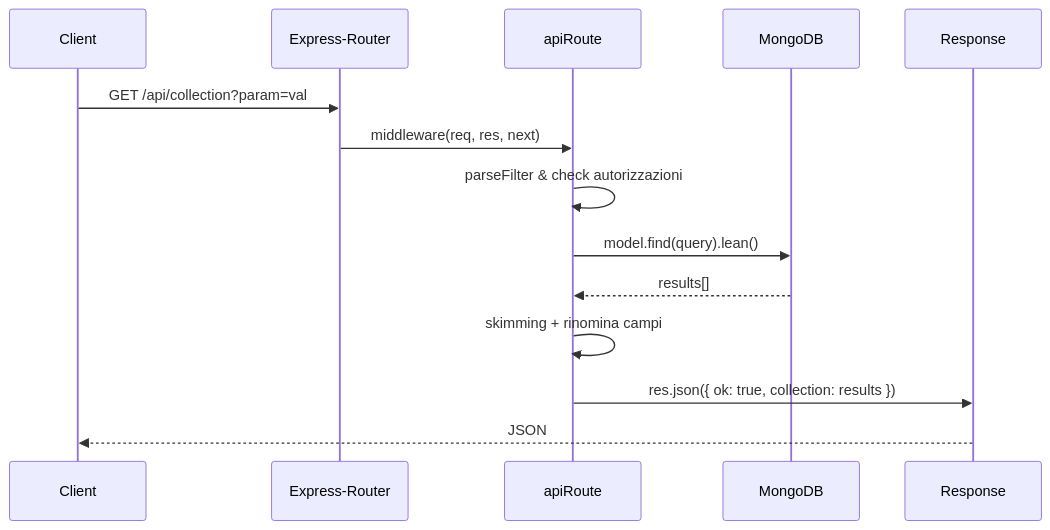
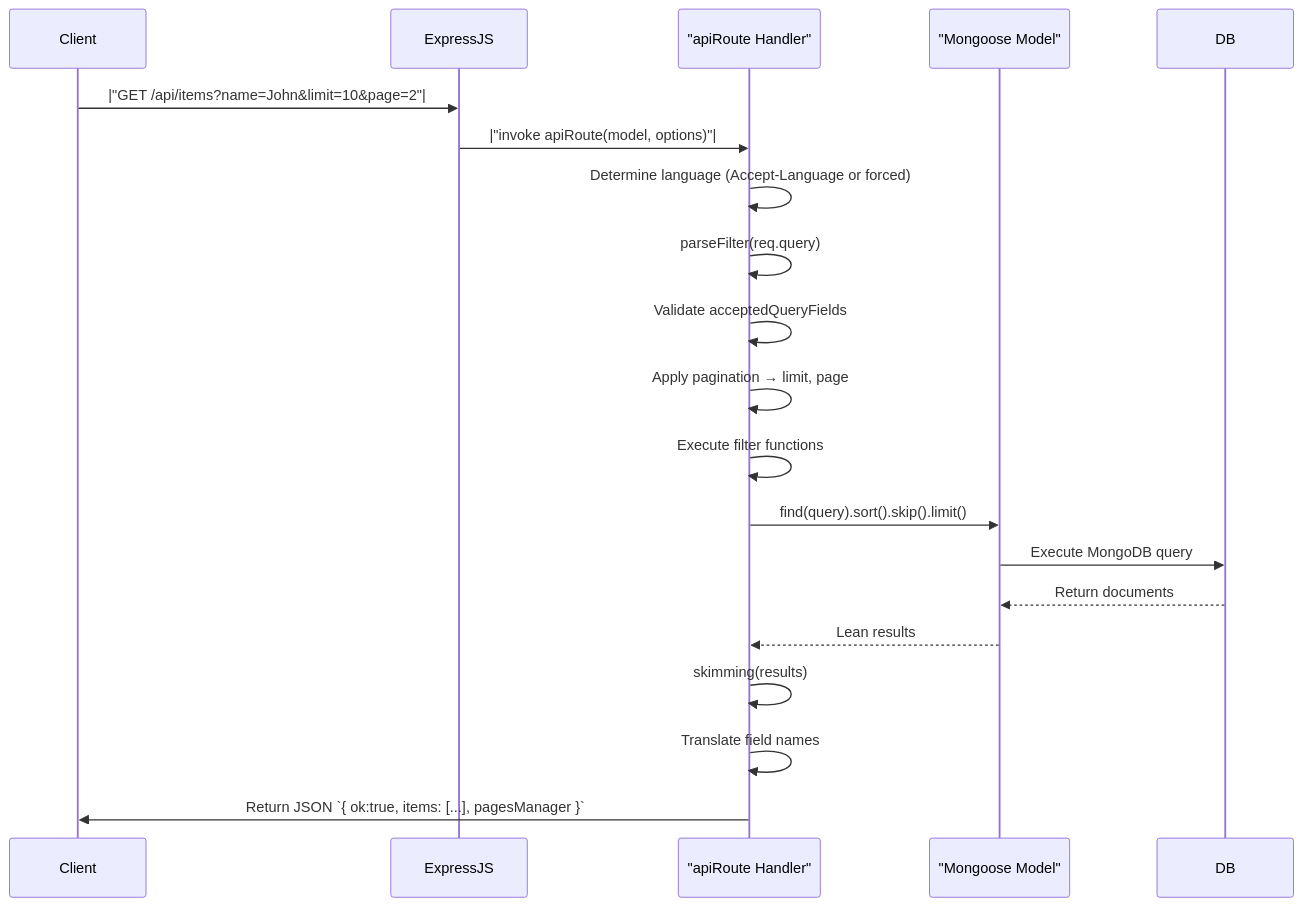
The diagram in README.md (fracassetti-simone/mongodb-api-router), drawn with Mermaid before and after one commit. The commit also changed other lines of this file and 4 other files, not shown here.

````diff
--- a/README.md
+++ b/README.md
@@ -263,17 +250,23 @@
 ```mermaid
 sequenceDiagram
-    participant C as Client
-    participant E as Express-Router
-    participant M as apiRoute
-    participant DB as MongoDB
-    participant R as Response
+    participant Client
+    participant ExpressJS
+    participant Handler as "apiRoute Handler"
+    participant Model as "Mongoose Model"
+    participant DB
 
-    C->>E: GET /api/collection?param=val
-    E->>M: middleware(req, res, next)
-    M->>M: parseFilter & check autorizzazioni
-    M->>DB: model.find(query).lean()
-    DB-->>M: results[]
-    M->>M: skimming + rinomina campi
-    M->>R: res.json({ ok: true, collection: results })
-    R-->>C: JSON
+    Client->>ExpressJS: |"GET /api/items?name=John&limit=10&page=2"|
+    ExpressJS->>Handler: |"invoke apiRoute(model, options)"|
+    Handler->>Handler: Determine language (Accept-Language or forced)
+    Handler->>Handler: parseFilter(req.query)
+    Handler->>Handler: Validate acceptedQueryFields
+    Handler->>Handler: Apply pagination → limit, page
+    Handler->>Handler: Execute filter functions
+    Handler->>Model: find(query).sort().skip().limit()
+    Model->>DB: Execute MongoDB query
+    DB-->>Model: Return documents
+    Model-->>Handler: Lean results
+    Handler->>Handler: skimming(results)
+    Handler->>Handler: Translate field names
+    Handler->>Client: Return JSON `{ ok:true, items: [...], pagesManager }`
 ```
````
